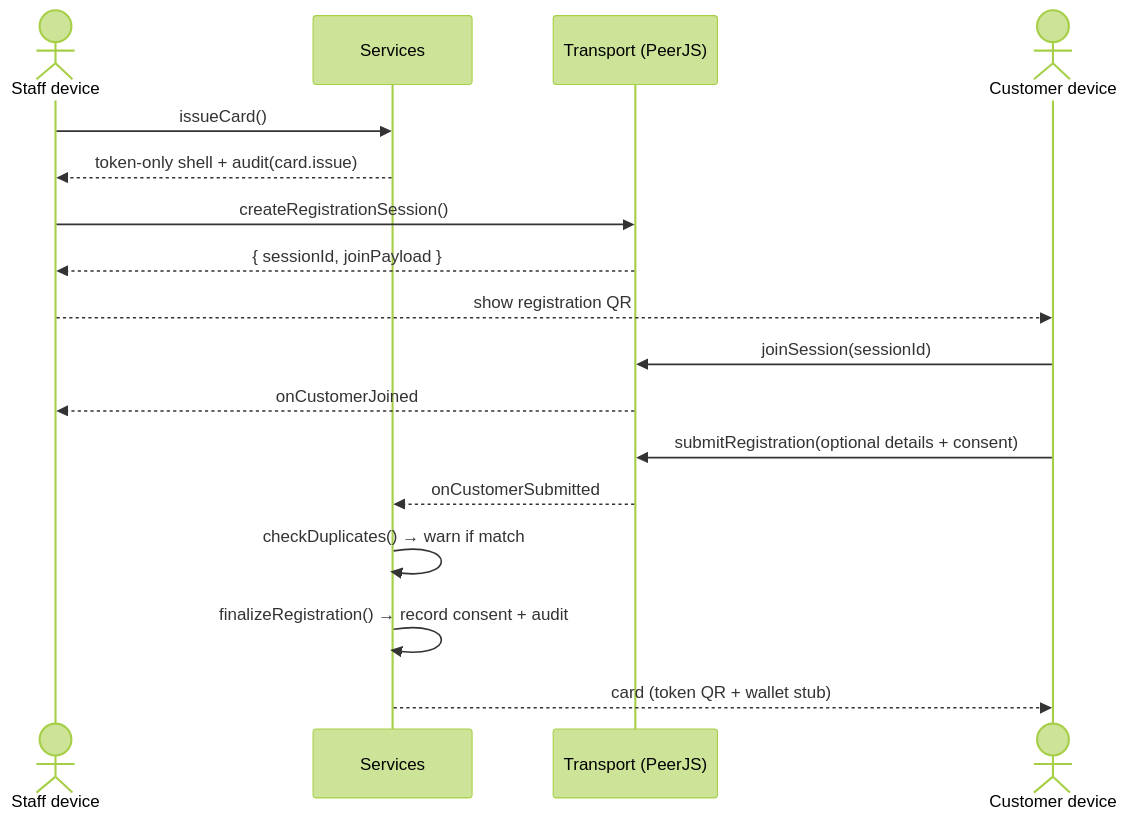
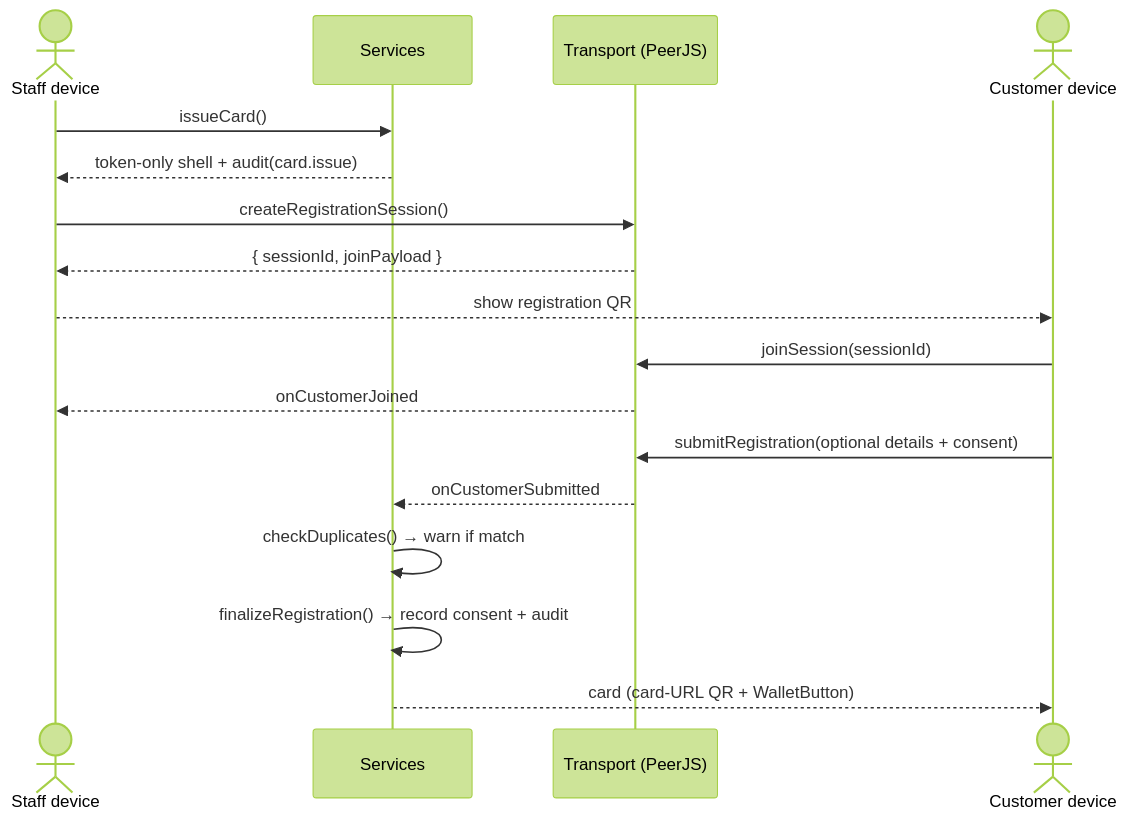
One commit to misch0n/loyalty-system changed the third of 6 diagrams in README.md. Above: the diagram before and after it, drawn with Mermaid (forest theme). The commit also changed other lines of this file and 1 other file, not shown here.

First line of the commit message:
docs: Appendix B — wallet passes, B1 remember/forget, B2-B4, B6 visit-us, B7 sharing

````diff
--- a/README.md
+++ b/README.md
@@ -175,20 +181,20 @@
 ```mermaid
 sequenceDiagram
     actor S as Staff device
     participant App as Services
     participant T as Transport (PeerJS)
     actor C as Customer device
 
     S->>App: issueCard()
     App-->>S: token-only shell + audit(card.issue)
     S->>T: createRegistrationSession()
     T-->>S: { sessionId, joinPayload }
     S-->>C: show registration QR
     C->>T: joinSession(sessionId)
     T-->>S: onCustomerJoined
     C->>T: submitRegistration(optional details + consent)
     T-->>App: onCustomerSubmitted
     App->>App: checkDuplicates() → warn if match
     App->>App: finalizeRegistration() → record consent + audit
-    App-->>C: card (token QR + wallet stub)
+    App-->>C: card (card-URL QR + WalletButton)
 ```
````
